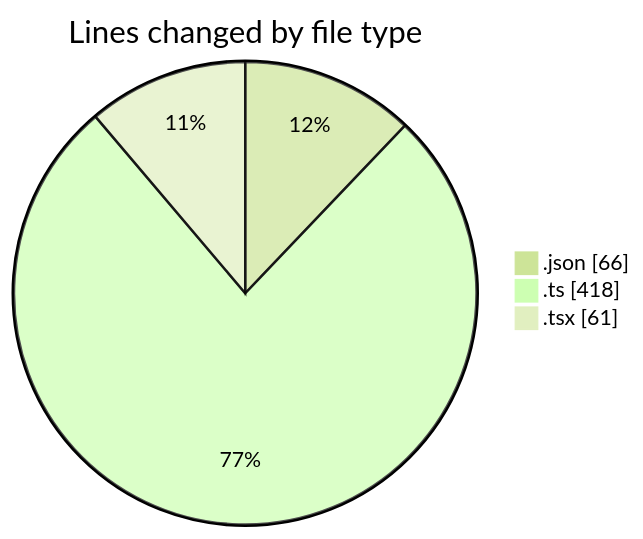
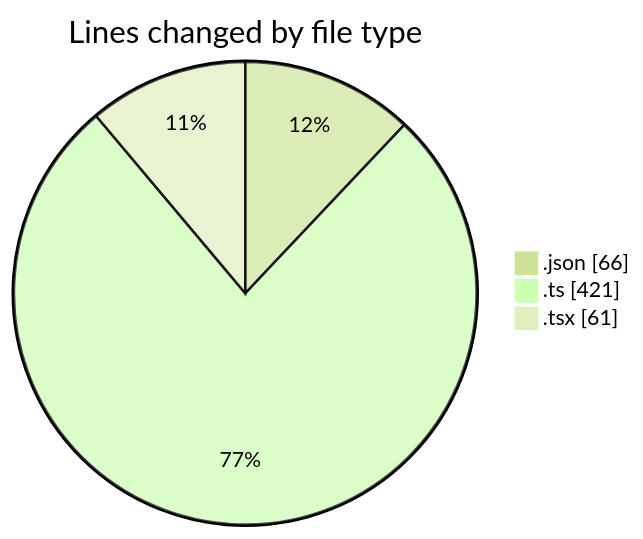
Before and after one commit to momahboobian/code-tracking: the first of 2 diagrams in 2025-05-09/cda/README.md, drawn with Mermaid (forest theme). The commit also changed other lines of this file and 1 other file, not shown here.

````diff
--- a/2025-05-09/cda/README.md
+++ b/2025-05-09/cda/README.md
@@ -23,7 +23,7 @@
 ```mermaid
 pie showData
 title Lines changed by file type
 ".json" : 66
-".ts" : 418
+".ts" : 421
 ".tsx" : 61
 ```
````
